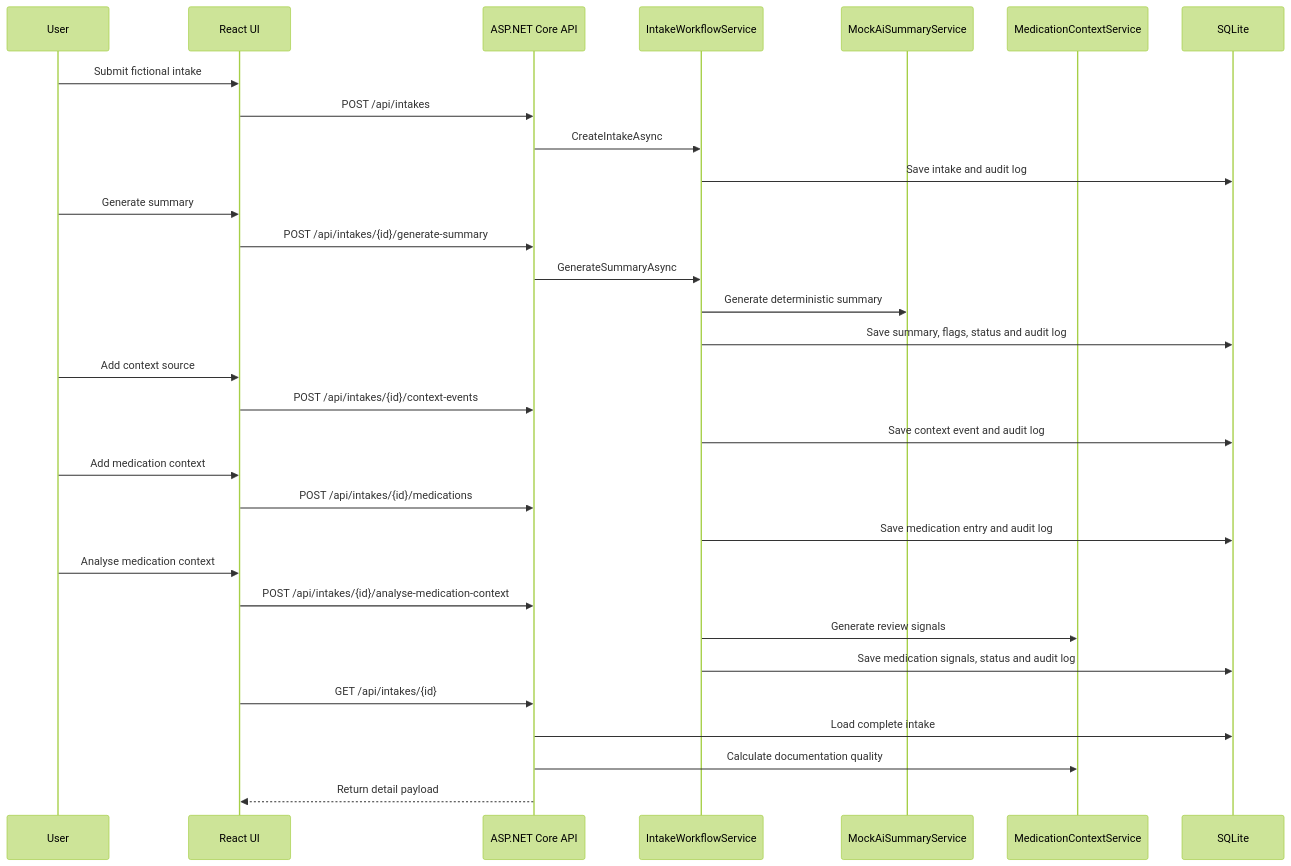
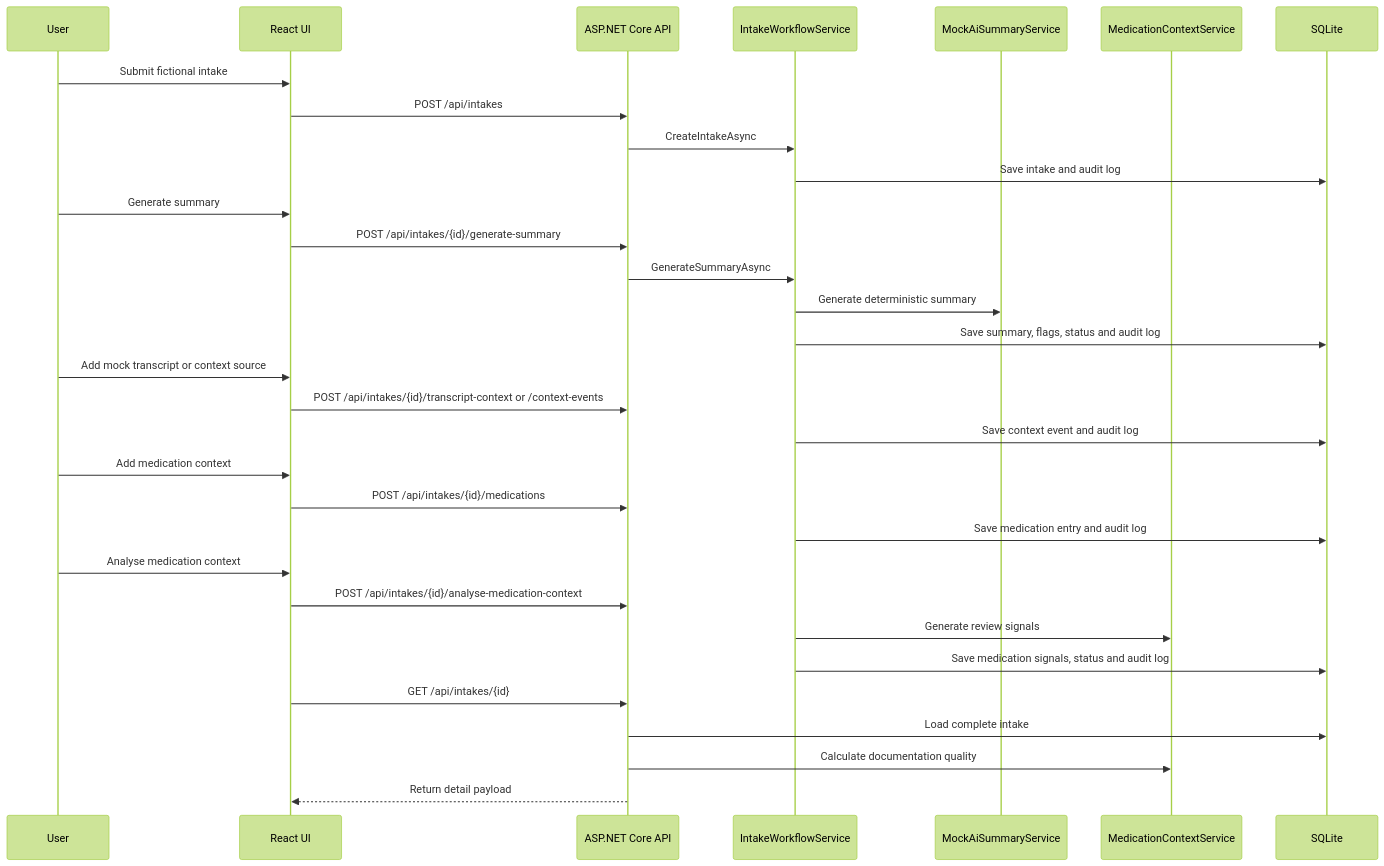
One commit to Pharmacist65/clinical-intake-ai-workflow changed the diagram in docs/architecture.md. Above: the diagram before and after it, drawn with Mermaid (forest theme). The commit also changed other lines of this file and 16 other files, not shown here.

Commit message:
Add mock transcript context ingestion

````diff
--- a/docs/architecture.md
+++ b/docs/architecture.md
@@ -122,34 +122,34 @@
 ```mermaid
 sequenceDiagram
     participant User
     participant UI as React UI
     participant API as ASP.NET Core API
     participant Workflow as IntakeWorkflowService
     participant AI as MockAiSummaryService
     participant Pharmacy as MedicationContextService
     participant DB as SQLite
 
     User->>UI: Submit fictional intake
     UI->>API: POST /api/intakes
     API->>Workflow: CreateIntakeAsync
     Workflow->>DB: Save intake and audit log
     User->>UI: Generate summary
     UI->>API: POST /api/intakes/{id}/generate-summary
     API->>Workflow: GenerateSummaryAsync
     Workflow->>AI: Generate deterministic summary
     Workflow->>DB: Save summary, flags, status and audit log
-    User->>UI: Add context source
-    UI->>API: POST /api/intakes/{id}/context-events
+    User->>UI: Add mock transcript or context source
+    UI->>API: POST /api/intakes/{id}/transcript-context or /context-events
     Workflow->>DB: Save context event and audit log
     User->>UI: Add medication context
     UI->>API: POST /api/intakes/{id}/medications
     Workflow->>DB: Save medication entry and audit log
     User->>UI: Analyse medication context
     UI->>API: POST /api/intakes/{id}/analyse-medication-context
     Workflow->>Pharmacy: Generate review signals
     Workflow->>DB: Save medication signals, status and audit log
     UI->>API: GET /api/intakes/{id}
     API->>DB: Load complete intake
     API->>Pharmacy: Calculate documentation quality
     API-->>UI: Return detail payload
 ```
````
